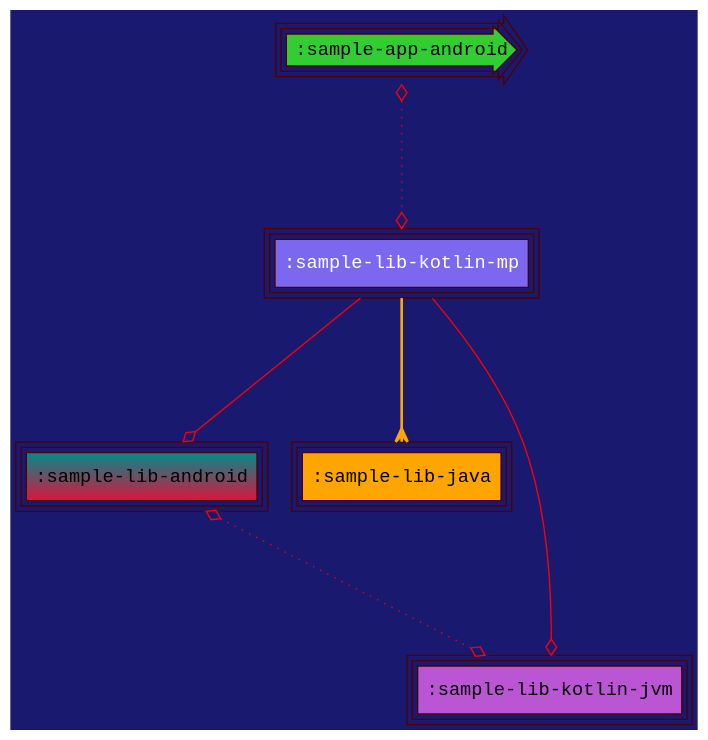
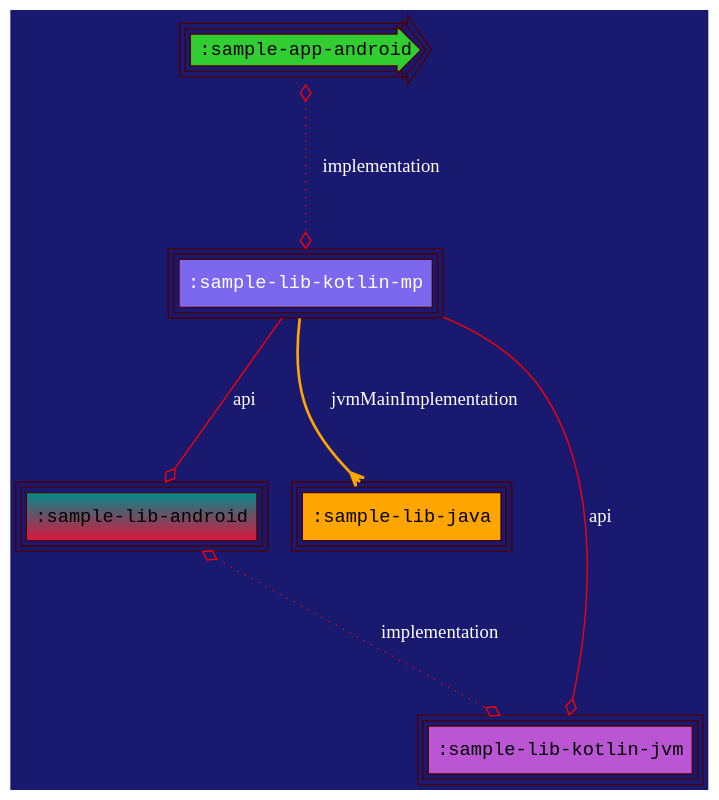
Before and after one commit to jonapoul/atlas: the diagram in samples/sample-graphviz/sample-lib-kotlin-mp/modular/chart.dot, drawn with Graphviz. The commit also changed 35 other files, not shown here.

```diff
--- a/samples/sample-graphviz/sample-lib-kotlin-mp/modular/chart.dot
+++ b/samples/sample-graphviz/sample-lib-kotlin-mp/modular/chart.dot
@@ -1,15 +1,15 @@
 digraph {
-  edge [arrowhead="ediamond",arrowtail="none",color="red",labelfloat="true",fontcolor="lime"]
+  edge [arrowhead="ediamond",arrowtail="none",fontcolor="white",labelfloat="false",color="red"]
   graph [layout="dot",bgcolor="MidnightBlue",fontsize="30",rankdir="TB",ranksep="1.5"]
   node [fontname="Courier New",peripheries="3",style="filled",shape="box",color="#4C0000"]
   ":sample-app-android" [shape="rarrow",style="radial",fillcolor="limegreen"]
   ":sample-lib-android" [gradientangle="90",fillcolor="crimson:cyan4"]
   ":sample-lib-java" [fillcolor="orange"]
   ":sample-lib-kotlin-jvm" [fillcolor="mediumorchid"]
   ":sample-lib-kotlin-mp" [fontcolor="white",fillcolor="mediumslateblue"]
-  ":sample-app-android" -> ":sample-lib-kotlin-mp" [style="dotted",dir="both",arrowtail="ediamond"]
-  ":sample-lib-android" -> ":sample-lib-kotlin-jvm" [style="dotted",dir="both",arrowtail="ediamond"]
-  ":sample-lib-kotlin-mp" -> ":sample-lib-android" [style="solid",weight="5"]
-  ":sample-lib-kotlin-mp" -> ":sample-lib-java" [style="bold",color="orange",arrowhead="crow"]
-  ":sample-lib-kotlin-mp" -> ":sample-lib-kotlin-jvm" [style="solid",weight="5"]
+  ":sample-app-android" -> ":sample-lib-kotlin-mp" [style="dotted",label="implementation",dir="both",arrowtail="ediamond"]
+  ":sample-lib-android" -> ":sample-lib-kotlin-jvm" [style="dotted",label="implementation",dir="both",arrowtail="ediamond"]
+  ":sample-lib-kotlin-mp" -> ":sample-lib-android" [style="solid",label="api",weight="5"]
+  ":sample-lib-kotlin-mp" -> ":sample-lib-java" [style="bold",color="orange",label="jvmMainImplementation",arrowhead="crow"]
+  ":sample-lib-kotlin-mp" -> ":sample-lib-kotlin-jvm" [style="solid",label="api",weight="5"]
 }
```
